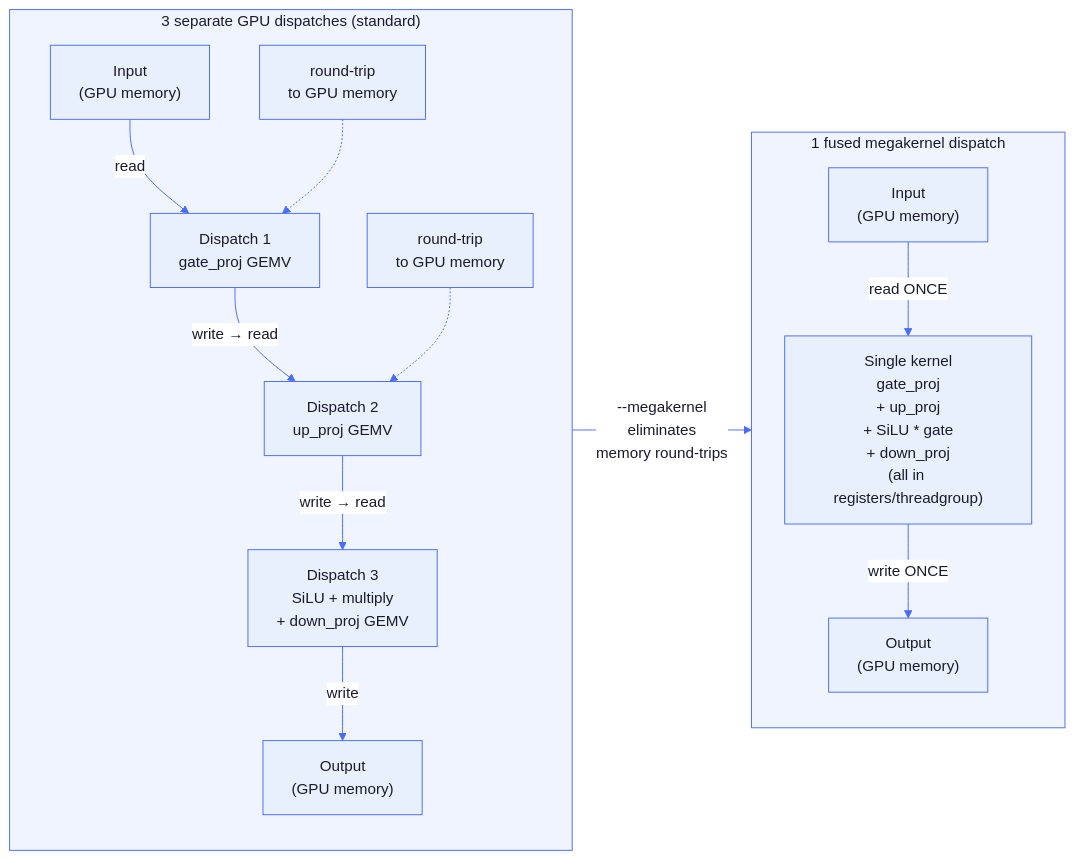
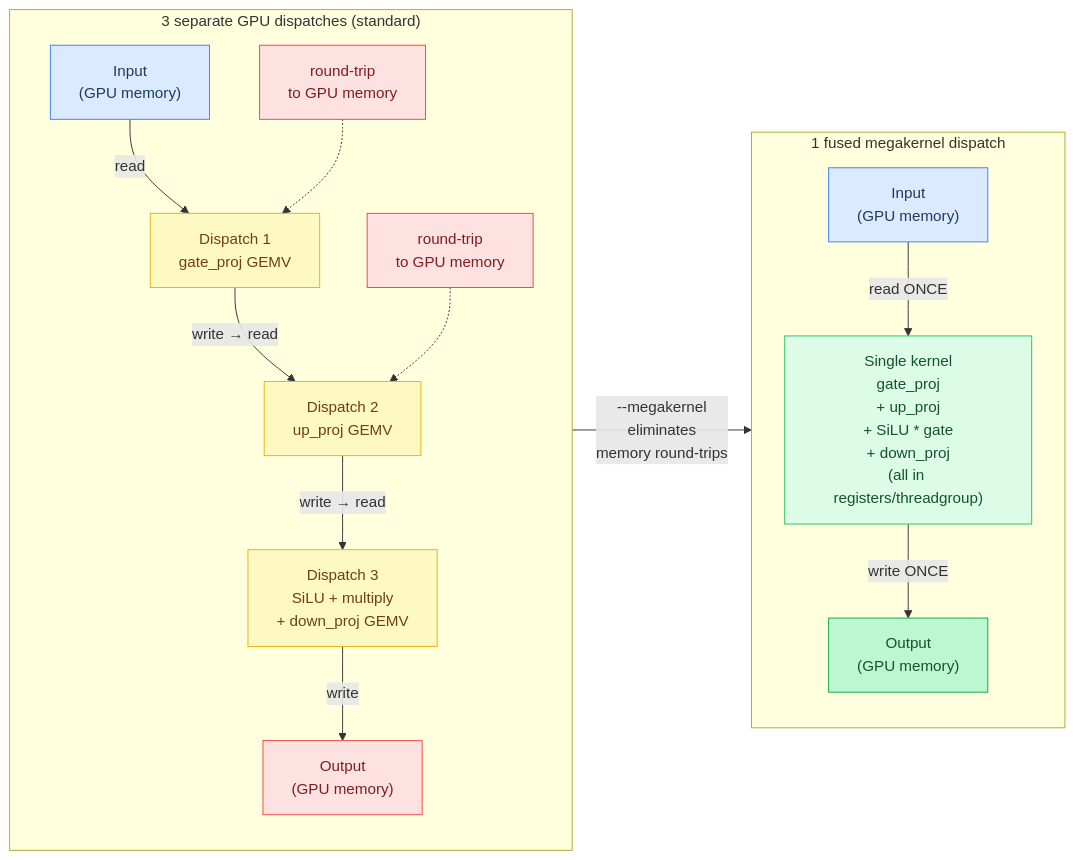
One commit to maci0/agave changed the sixth of 6 diagrams in docs/tutorial/03-feed-forward-networks.md. Above: the diagram before and after it, drawn with Mermaid. The commit also changed other lines of this file and 24 other files, not shown here.

First line of the commit message:
docs: convert all mermaid diagrams to classDef semantic colors

````diff
--- a/docs/tutorial/03-feed-forward-networks.md
+++ b/docs/tutorial/03-feed-forward-networks.md
@@ -294,33 +307,37 @@
 ```mermaid
-%%{init: {'theme': 'base', 'themeVariables': {
-  'primaryColor': '#e8f0fe',
-  'primaryTextColor': '#1a1a2e',
-  'primaryBorderColor': '#4a6cf7',
-  'lineColor': '#4a6cf7',
-  'secondaryColor': '#f0f4ff',
-  'tertiaryColor': '#f8f9ff',
-  'edgeLabelBackground': '#ffffff',
-  'clusterBkg': '#f0f4ff',
-  'clusterBorder': '#4a6cf7',
-  'titleColor': '#1a1a2e',
-  'nodeTextColor': '#1a1a2e',
-  'fontFamily': 'ui-monospace, SFMono-Regular, monospace'
-}}}%%
 flowchart LR
+    classDef setup     fill:#dbeafe,stroke:#3b82f6,color:#1e3a5f
+    classDef sync      fill:#dcfce7,stroke:#22c55e,color:#14532d
+    classDef migration fill:#fef9c3,stroke:#eab308,color:#713f12
+    classDef success   fill:#bbf7d0,stroke:#16a34a,color:#14532d
+    classDef danger    fill:#fee2e2,stroke:#ef4444,color:#7f1d1d
+    classDef optional  fill:#f3e8ff,stroke:#9333ea,color:#581c87
+
     subgraph Unfused["3 separate GPU dispatches (standard)"]
-        U_in["Input\n(GPU memory)"] -->|"read"| U_gate["Dispatch 1\ngate_proj GEMV"]
-        U_gate -->|"write → read"| U_up["Dispatch 2\nup_proj GEMV"]
-        U_up -->|"write → read"| U_act["Dispatch 3\nSiLU + multiply\n+ down_proj GEMV"]
-        U_act -->|"write"| U_out["Output\n(GPU memory)"]
+        U_in["Input\n(GPU memory)"]:::setup
+        U_gate["Dispatch 1\ngate_proj GEMV"]:::migration
+        U_up["Dispatch 2\nup_proj GEMV"]:::migration
+        U_act["Dispatch 3\nSiLU + multiply\n+ down_proj GEMV"]:::migration
+        U_out["Output\n(GPU memory)"]:::danger
+        U_rt1["round-trip\nto GPU memory"]:::danger
+        U_rt2["round-trip\nto GPU memory"]:::danger
 
-        U_rt1["round-trip\nto GPU memory"] -.-> U_gate
-        U_rt2["round-trip\nto GPU memory"] -.-> U_up
+        U_in -->|"read"| U_gate
+        U_gate -->|"write → read"| U_up
+        U_up -->|"write → read"| U_act
+        U_act -->|"write"| U_out
+        U_rt1 -.-> U_gate
+        U_rt2 -.-> U_up
     end
 
     subgraph Fused["1 fused megakernel dispatch"]
-        F_in["Input\n(GPU memory)"] -->|"read ONCE"| F_kern["Single kernel\ngate_proj\n+ up_proj\n+ SiLU * gate\n+ down_proj\n(all in registers/threadgroup)"]
-        F_kern -->|"write ONCE"| F_out["Output\n(GPU memory)"]
+        F_in["Input\n(GPU memory)"]:::setup
+        F_kern["Single kernel\ngate_proj\n+ up_proj\n+ SiLU * gate\n+ down_proj\n(all in registers/threadgroup)"]:::sync
+        F_out["Output\n(GPU memory)"]:::success
+
+        F_in -->|"read ONCE"| F_kern
+        F_kern -->|"write ONCE"| F_out
     end
 
     Unfused -->|"--megakernel\neliminates\nmemory round-trips"| Fused
 ```
````
